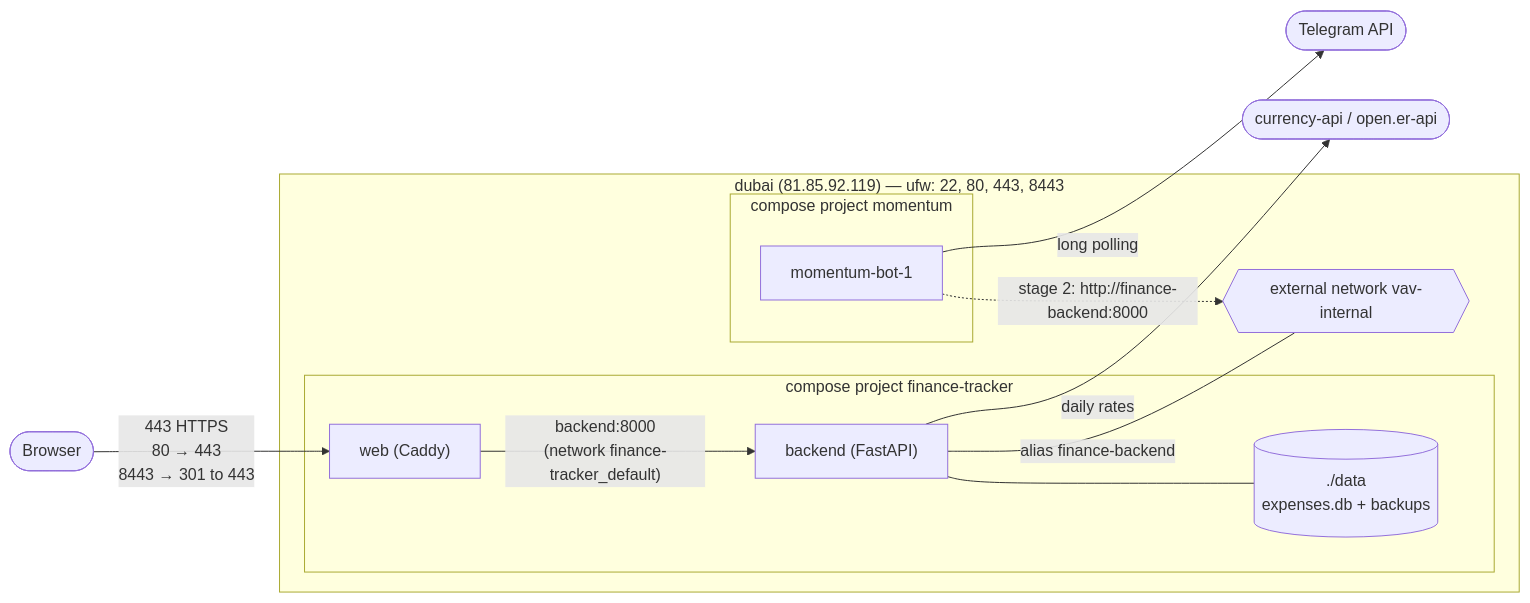
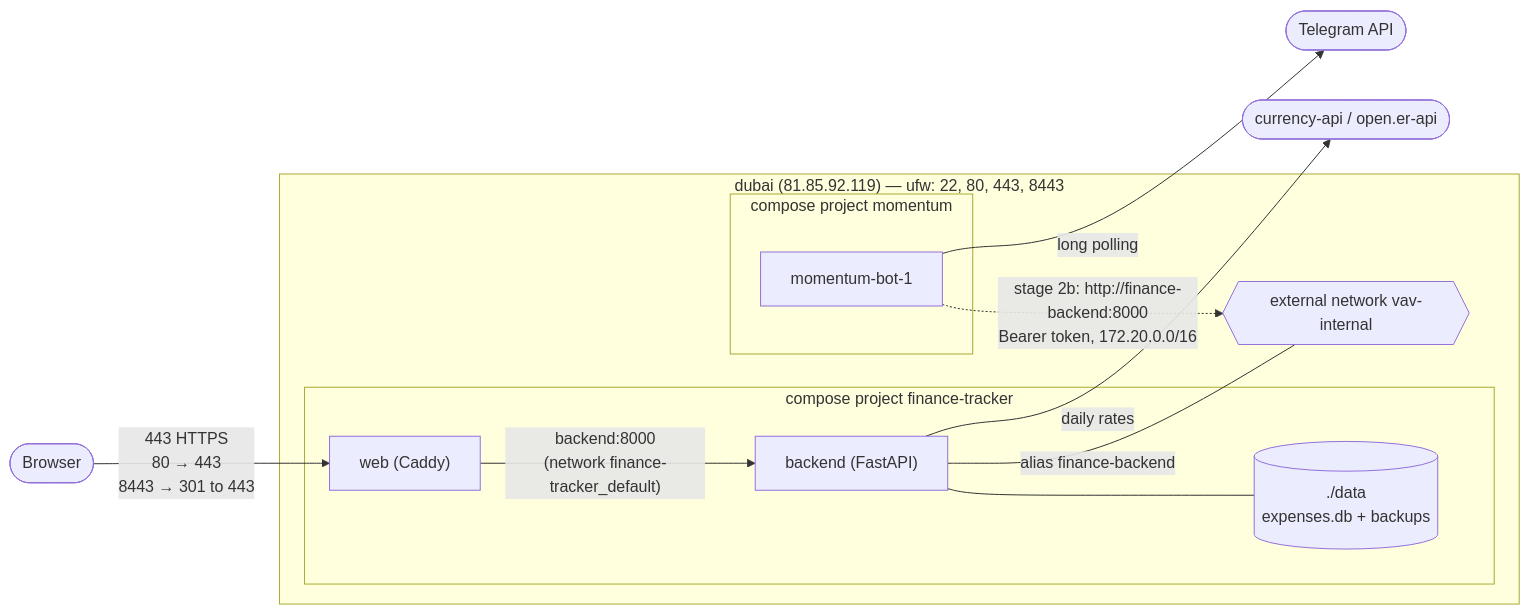
Before and after one commit to z1ec/VAV-finance-tracker: the first of 3 diagrams in docs/ARCHITECTURE.md, drawn with Mermaid. The commit also changed other lines of this file and 15 other files, not shown here.

First line of the commit message:
docs: stage 2a contract, ADR 0004-0007, token script and stage 1 tails

````diff
--- a/docs/ARCHITECTURE.md
+++ b/docs/ARCHITECTURE.md
@@ -21,18 +22,18 @@
 ```mermaid
 flowchart LR
     user([Browser]) -->|"443 HTTPS<br/>80 → 443<br/>8443 → 301 to 443"| web
     subgraph dubai["dubai (81.85.92.119) — ufw: 22, 80, 443, 8443"]
         subgraph ft["compose project finance-tracker"]
             web["web (Caddy)"] -->|"backend:8000<br/>(network finance-tracker_default)"| backend["backend (FastAPI)"]
             backend --- data[("./data<br/>expenses.db + backups")]
         end
         subgraph mom["compose project momentum"]
             bot["momentum-bot-1"]
         end
         net{{"external network vav-internal"}}
         backend ---|"alias finance-backend"| net
-        bot -.->|"stage 2: http://finance-backend:8000"| net
+        bot -.->|"stage 2b: http://finance-backend:8000<br/>Bearer token, 172.20.0.0/16"| net
     end
     bot -->|long polling| tg([Telegram API])
     backend -->|daily rates| rates([currency-api / open.er-api])
 ```
````
